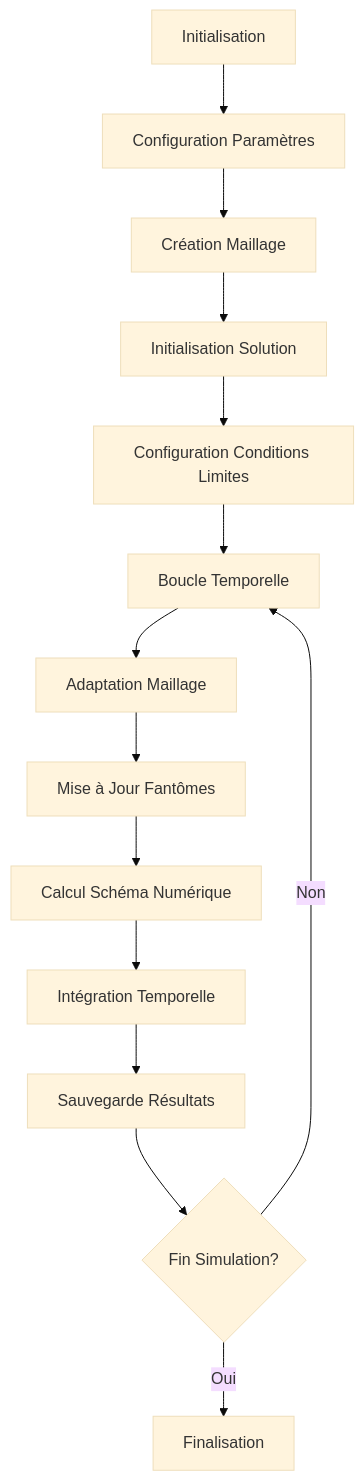
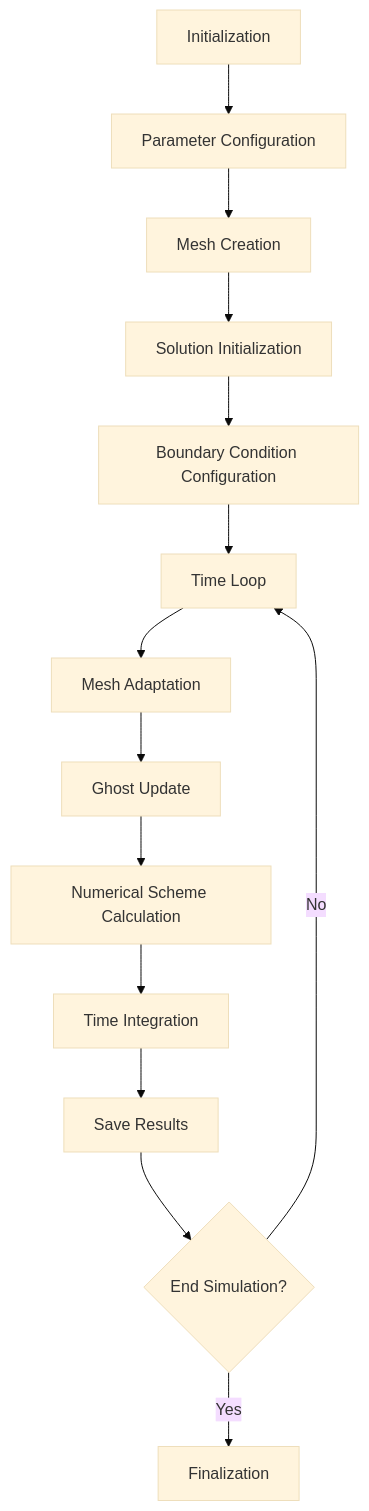
The third of 3 diagrams in docs/test_cases_advection_burgers.md (sbstndb/samurai), drawn with Mermaid (base theme) before and after one commit. The commit also changed other lines of this file and 8 other files, not shown here.

````diff
--- a/docs/test_cases_advection_burgers.md
+++ b/docs/test_cases_advection_burgers.md
@@ -397,17 +397,17 @@
 ```mermaid
 graph TD
-    A[Initialisation] --> B[Configuration Paramètres]
-    B --> C[Création Maillage]
-    C --> D[Initialisation Solution]
-    D --> E[Configuration Conditions Limites]
-    E --> F[Boucle Temporelle]
+    A[Initialization] --> B[Parameter Configuration]
+    B --> C[Mesh Creation]
+    C --> D[Solution Initialization]
+    D --> E[Boundary Condition Configuration]
+    E --> F[Time Loop]
     
-    F --> G[Adaptation Maillage]
-    G --> H[Mise à Jour Fantômes]
-    H --> I[Calcul Schéma Numérique]
-    I --> J[Intégration Temporelle]
-    J --> K[Sauvegarde Résultats]
-    K --> L{Fin Simulation?}
-    L -->|Non| F
-    L -->|Oui| M[Finalisation]
+    F --> G[Mesh Adaptation]
+    G --> H[Ghost Update]
+    H --> I[Numerical Scheme Calculation]
+    I --> J[Time Integration]
+    J --> K[Save Results]
+    K --> L{End Simulation?}
+    L -->|No| F
+    L -->|Yes| M[Finalization]
 ```
````
